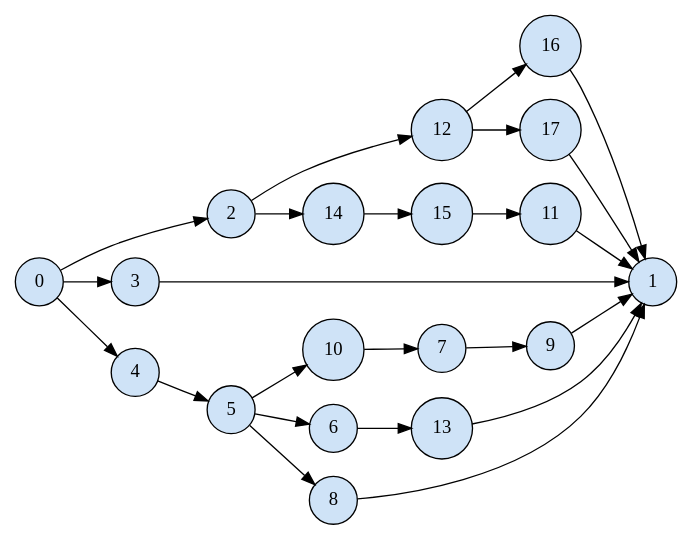
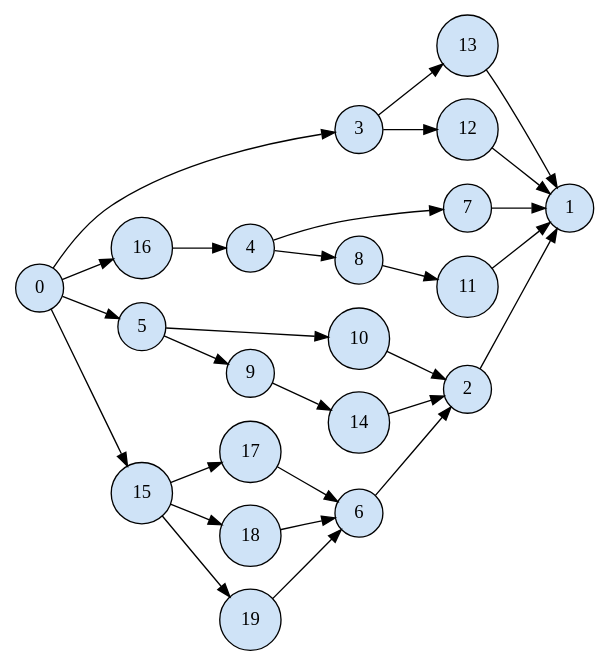
One commit to NafisehJ/diploidgraph changed the diagram in examples/out/05_random_sp_input.dot. Above: the diagram before and after it, drawn with Graphviz. The commit also changed 18 other files, not shown here.

```diff
--- a/examples/out/05_random_sp_input.dot
+++ b/examples/out/05_random_sp_input.dot
@@ -1,45 +1,51 @@
 digraph G {
   rankdir=LR;
   node [shape=circle, style=filled, fillcolor="#cfe3f7"];
+  "6";
+  "2";
+  "1";
   "0";
-  "2";
-  "10";
-  "7";
   "3";
-  "1";
+  "11";
+  "16";
   "4";
   "5";
-  "6";
-  "15";
-  "11";
+  "10";
+  "14";
+  "7";
+  "8";
   "9";
-  "8";
   "13";
   "12";
-  "14";
-  "16";
+  "15";
   "17";
-  "0" -> "2";
+  "18";
+  "19";
+  "0" -> "15";
+  "0" -> "16";
   "0" -> "3";
-  "0" -> "4";
-  "10" -> "7";
+  "0" -> "5";
+  "10" -> "2";
   "11" -> "1";
-  "12" -> "16";
-  "12" -> "17";
+  "12" -> "1";
   "13" -> "1";
-  "14" -> "15";
-  "15" -> "11";
-  "16" -> "1";
-  "17" -> "1";
-  "2" -> "12";
-  "2" -> "14";
-  "3" -> "1";
-  "4" -> "5";
+  "14" -> "2";
+  "15" -> "17";
+  "15" -> "18";
+  "15" -> "19";
+  "16" -> "4";
+  "17" -> "6";
+  "18" -> "6";
+  "19" -> "6";
+  "2" -> "1";
+  "3" -> "12";
+  "3" -> "13";
+  "4" -> "7";
+  "4" -> "8";
   "5" -> "10";
-  "5" -> "6";
-  "5" -> "8";
-  "6" -> "13";
-  "7" -> "9";
-  "8" -> "1";
-  "9" -> "1";
+  "5" -> "9";
+  "6" -> "2";
+  "7" -> "1";
+  "8" -> "11";
+  "9" -> "14";
 }
```
